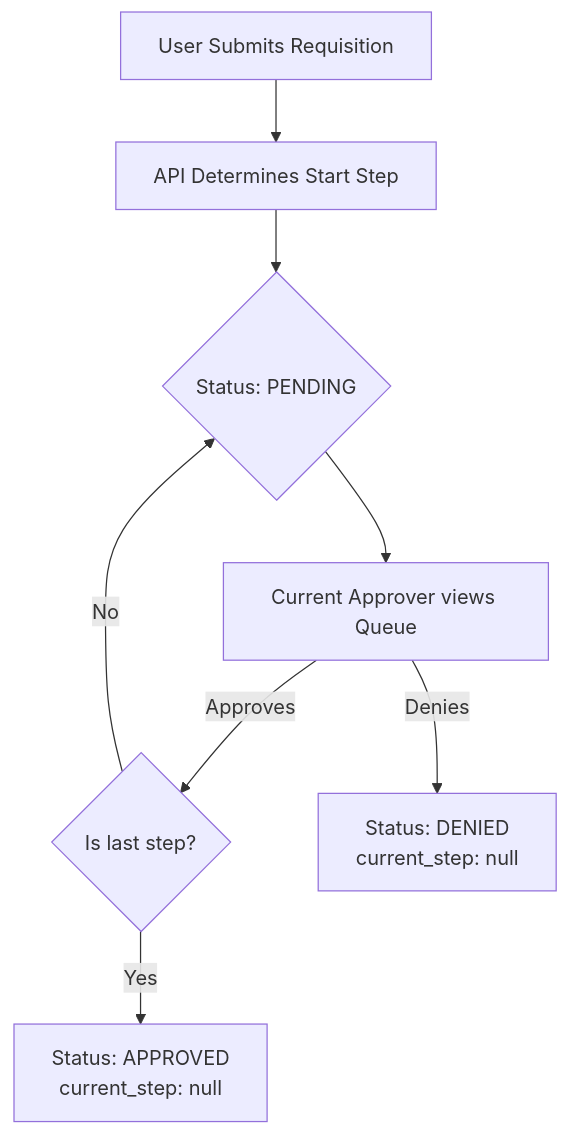
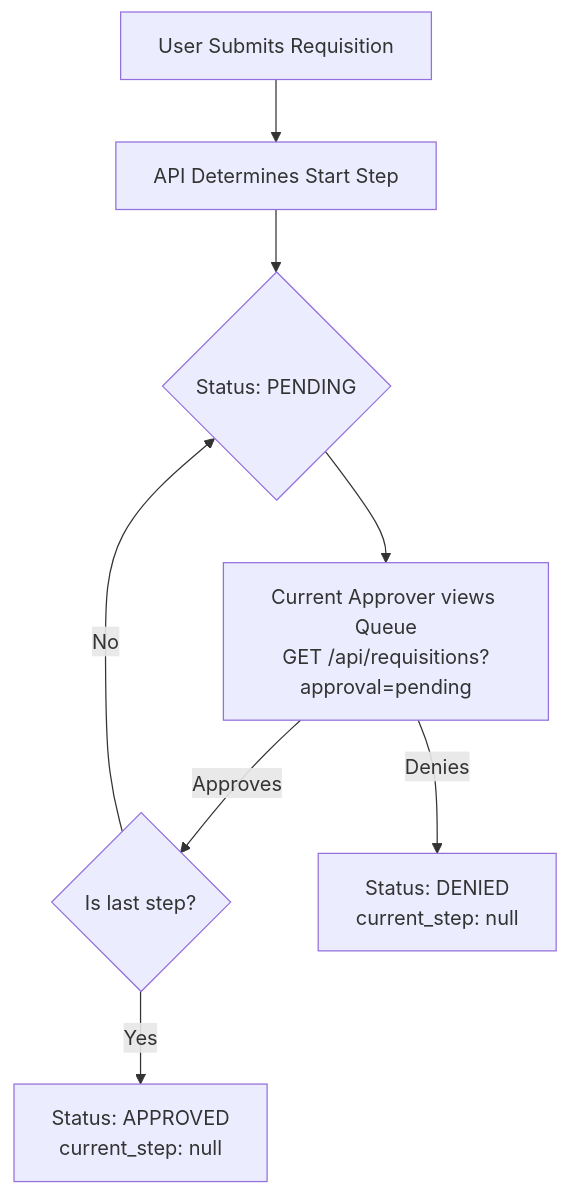
The second of 2 diagrams in docs/wiki/07-Client-Integration-Guide.md (yeasinx/requisition-api), drawn with Mermaid before and after one commit. The commit also changed other lines of this file and 6 other files, not shown here.

Commit message:
docs: document approval=pending filter

````diff
--- a/docs/wiki/07-Client-Integration-Guide.md
+++ b/docs/wiki/07-Client-Integration-Guide.md
@@ -435,10 +435,10 @@
 ```mermaid
 flowchart TD
     Start[User Submits Requisition] --> API_Calc[API Determines Start Step]
     API_Calc --> PENDING{Status: PENDING}
-    PENDING --> Action[Current Approver views Queue]
+    PENDING --> Action[Current Approver views Queue<br/>GET /api/requisitions?approval=pending]
     Action -- Approves --> NextStep{Is last step?}
     NextStep -- No --> PENDING
     NextStep -- Yes --> APPROVED[Status: APPROVED\ncurrent_step: null]
     Action -- Denies --> DENIED[Status: DENIED\ncurrent_step: null]
 ```
````
